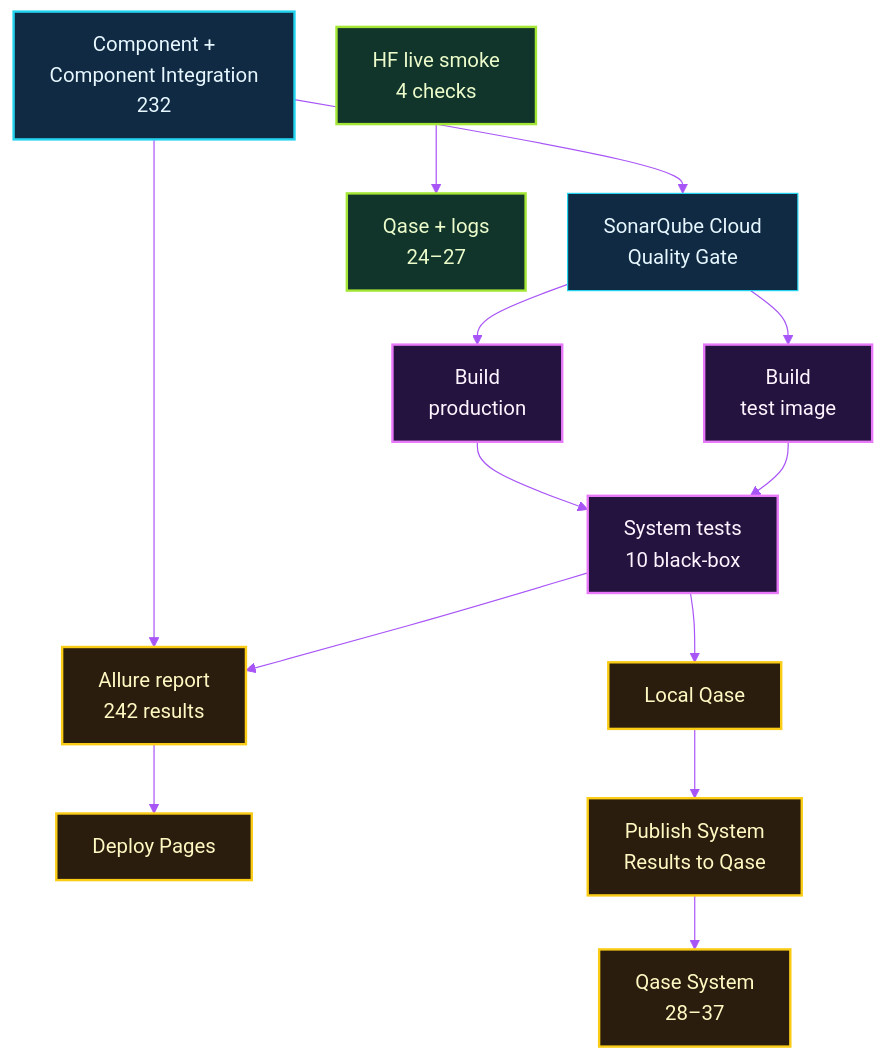
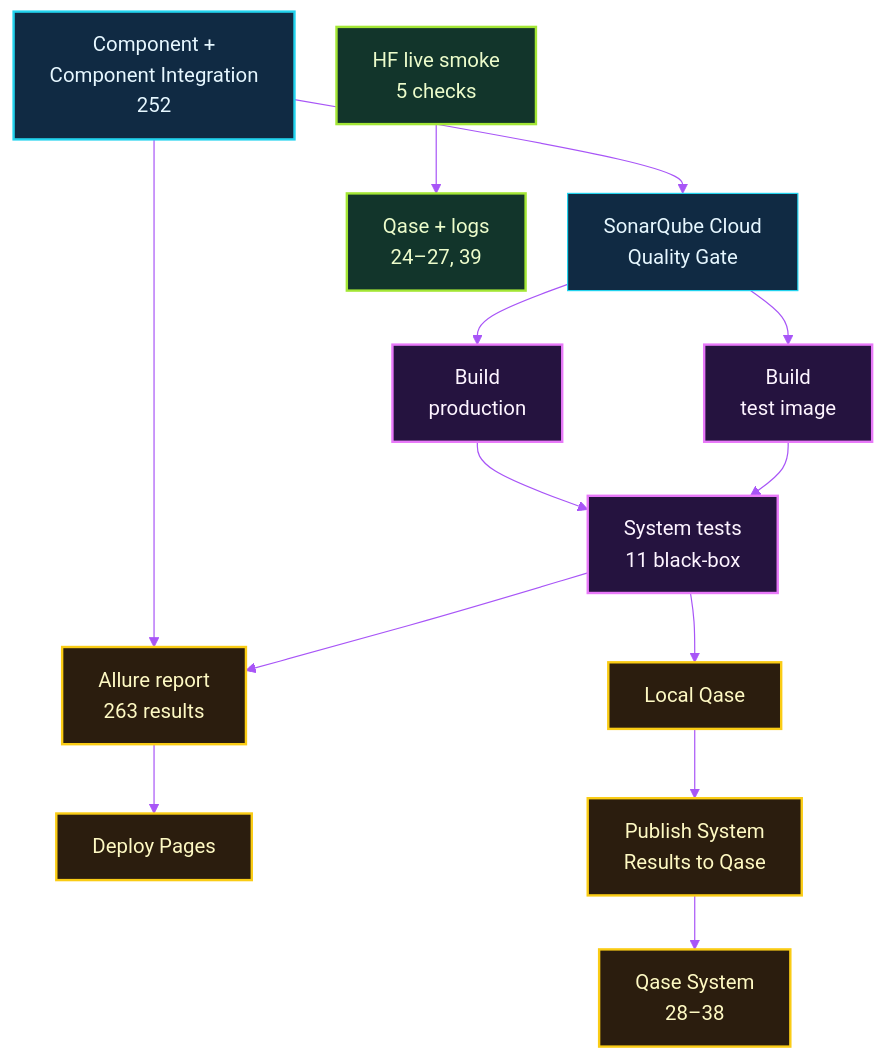
The third of 3 diagrams in docs/TESTING.md (michalmarczuk/event-agent), drawn with Mermaid before and after one commit. The commit also changed other lines of this file and 33 other files, not shown here.

Commit message:
Harden architecture, test infrastructure, and documentation

````diff
--- a/docs/TESTING.md
+++ b/docs/TESTING.md
@@ -130,27 +139,27 @@
 ```mermaid
 %%{init: {'theme': 'base', 'themeVariables': {'background': '#07111f', 'primaryColor': '#102a43', 'primaryTextColor': '#e6f7ff', 'primaryBorderColor': '#22d3ee', 'secondaryColor': '#25133f', 'tertiaryColor': '#12352b', 'lineColor': '#a855f7', 'fontFamily': 'ui-sans-serif, system-ui', 'fontSize': '17px'}, 'flowchart': {'nodeSpacing': 35, 'rankSpacing': 45}}}%%
 flowchart TB
-    component["Component +<br/>Component Integration<br/>232"] --> sonar["SonarQube Cloud<br/>Quality Gate"]
+    component["Component +<br/>Component Integration<br/>252"] --> sonar["SonarQube Cloud<br/>Quality Gate"]
     sonar --> production["Build<br/>production"]
     sonar --> test_image["Build<br/>test image"]
-    production --> system["System tests<br/>10 black-box"]
+    production --> system["System tests<br/>11 black-box"]
     test_image --> system
-    component --> allure["Allure report<br/>242 results"]
+    component --> allure["Allure report<br/>263 results"]
     system --> allure
     allure --> pages["Deploy Pages"]
 
     system --> local["Local Qase"]
     local --> publish["Publish System<br/>Results to Qase"]
-    publish --> qase["Qase System<br/>28–37"]
+    publish --> qase["Qase System<br/>28–38"]
 
-    hf["HF live smoke<br/>4 checks"] --> qase_live["Qase + logs<br/>24–27"]
+    hf["HF live smoke<br/>5 checks"] --> qase_live["Qase + logs<br/>24–27, 39"]
 
     classDef ci fill:#102a43,stroke:#22d3ee,color:#e6f7ff,stroke-width:2px;
     classDef image fill:#25133f,stroke:#e879f9,color:#fdf4ff,stroke-width:2px;
     classDef report fill:#2b1d0e,stroke:#facc15,color:#fef9c3,stroke-width:2px;
     classDef live fill:#12352b,stroke:#a3e635,color:#ecfccb,stroke-width:2px;
     class component ci;
     class production,test_image,system image;
     class allure,pages,local,publish,qase report;
     class hf,qase_live live;
 ```
````
